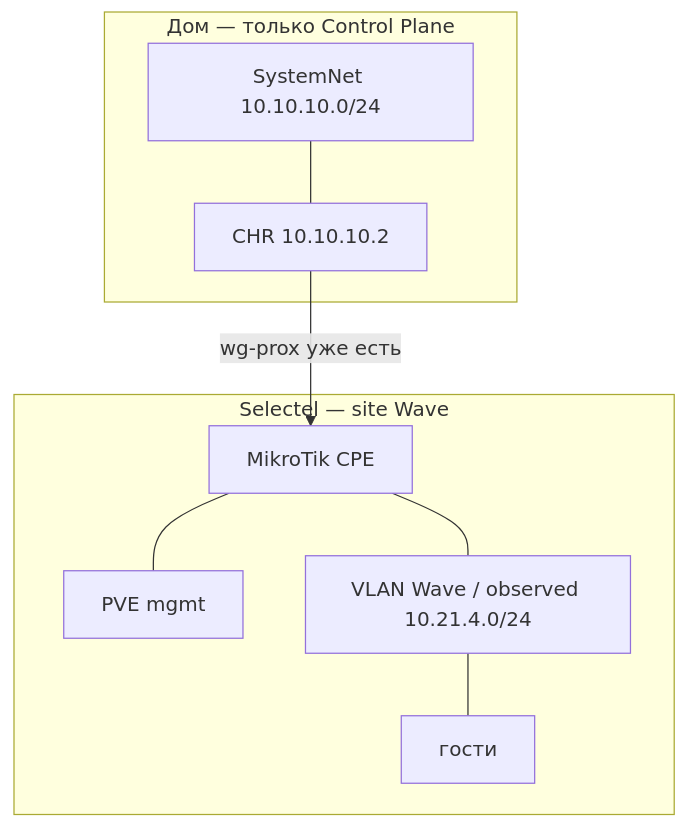
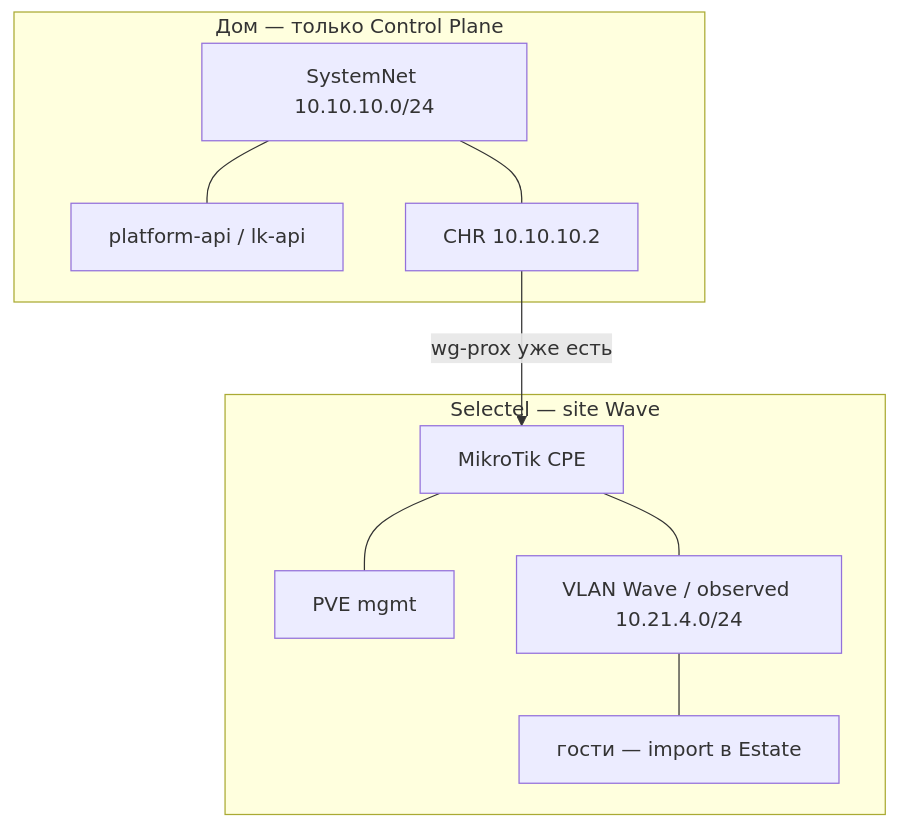
Before and after one commit to vinogradovia/ansible-devops-uslugi: the second of 2 diagrams in docs/adr/02-control-plane/network/0028.1-wave-home-import-plan.md, drawn with Mermaid. The commit also changed other lines of this file, not shown here.

First line of the commit message:
docs(adr-0028.1): три работы — каркасы API, Project wave, импорт

````diff
--- a/docs/adr/02-control-plane/network/0028.1-wave-home-import-plan.md
+++ b/docs/adr/02-control-plane/network/0028.1-wave-home-import-plan.md
@@ -218,20 +282,22 @@
 ```mermaid
 flowchart TB
   subgraph home [Дом — только Control Plane]
     Sys["SystemNet 10.10.10.0/24"]
+    API["platform-api / lk-api"]
     CHR["CHR 10.10.10.2"]
+    Sys --- API
     Sys --- CHR
   end
 
   CHR -->|"wg-prox уже есть"| MT
 
   subgraph site [Selectel — site Wave]
     MT["MikroTik CPE"]
     PVE["PVE mgmt"]
     VLAN["VLAN Wave / observed 10.21.4.0/24"]
-    G1["гости"]
+    G1["гости — import в Estate"]
     MT --- PVE
     MT --- VLAN
     VLAN --- G1
   end
 ```
````
